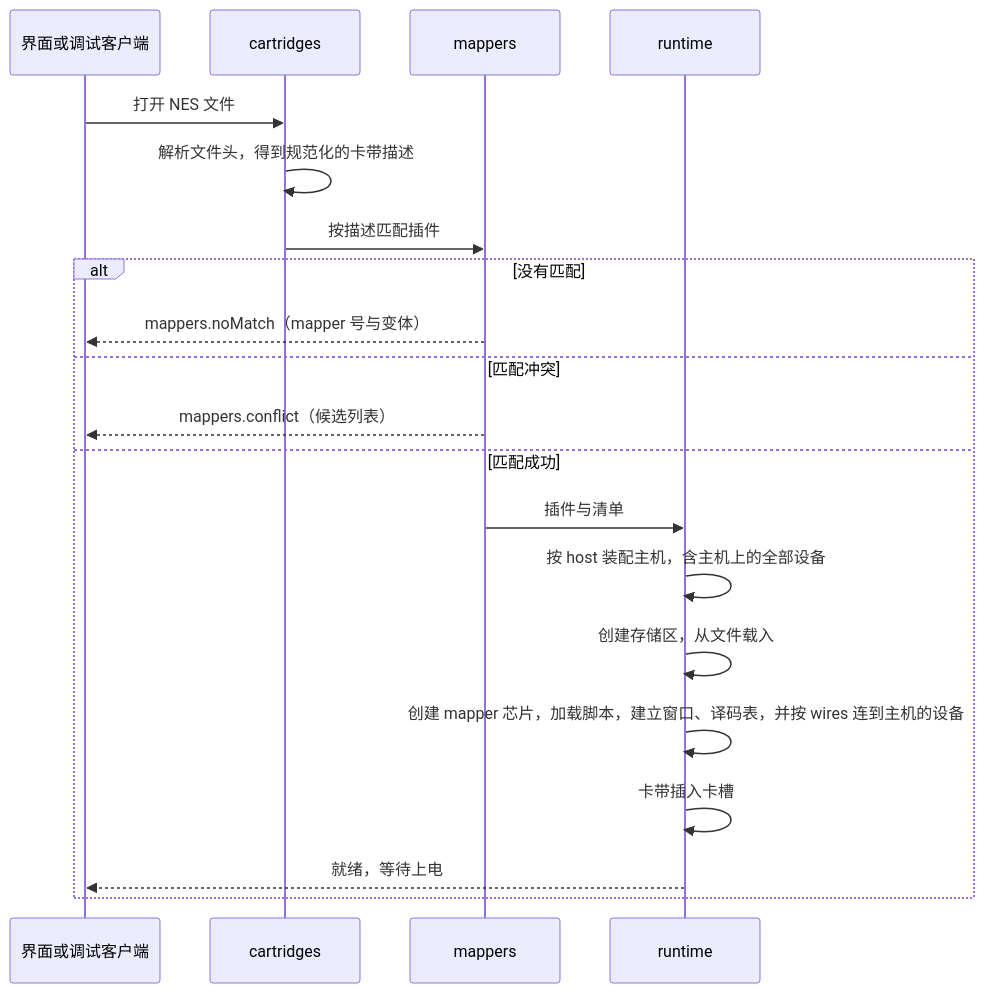
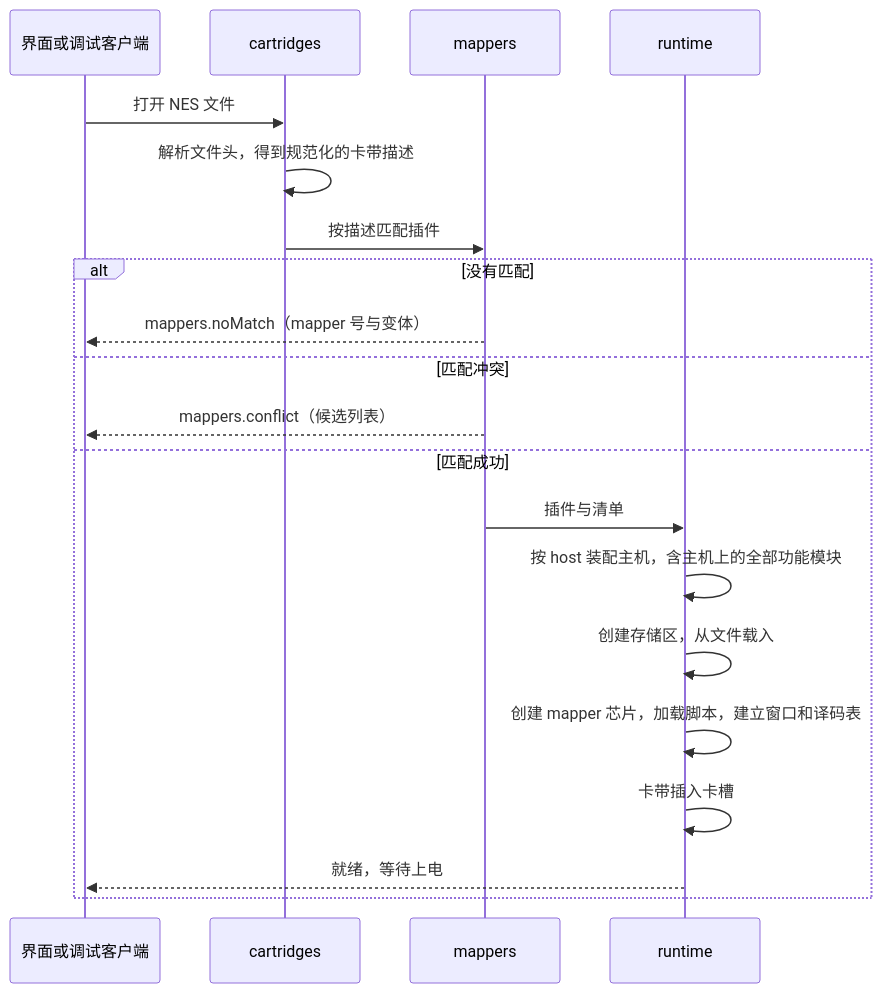
Before and after one commit to sungbindev/famiclone: the diagram in ember/docs/03-mapper插件规范.md, drawn with Mermaid. The commit also changed other lines of this file and 27 other files, not shown here.

````diff
--- a/ember/docs/03-mapper插件规范.md
+++ b/ember/docs/03-mapper插件规范.md
@@ -168,22 +152,22 @@
 ```mermaid
 sequenceDiagram
   participant UI as 界面或调试客户端
   participant CART as cartridges
   participant MAPS as mappers
   participant RT as runtime
   UI->>CART: 打开 NES 文件
   CART->>CART: 解析文件头，得到规范化的卡带描述
   CART->>MAPS: 按描述匹配插件
   alt 没有匹配
     MAPS-->>UI: mappers.noMatch（mapper 号与变体）
   else 匹配冲突
     MAPS-->>UI: mappers.conflict（候选列表）
   else 匹配成功
     MAPS->>RT: 插件与清单
-    RT->>RT: 按 host 装配主机，含主机上的全部设备
+    RT->>RT: 按 host 装配主机，含主机上的全部功能模块
     RT->>RT: 创建存储区，从文件载入
-    RT->>RT: 创建 mapper 芯片，加载脚本，建立窗口、译码表，并按 wires 连到主机的设备
+    RT->>RT: 创建 mapper 芯片，加载脚本，建立窗口和译码表
     RT->>RT: 卡带插入卡槽
     RT-->>UI: 就绪，等待上电
   end
 ```
````
